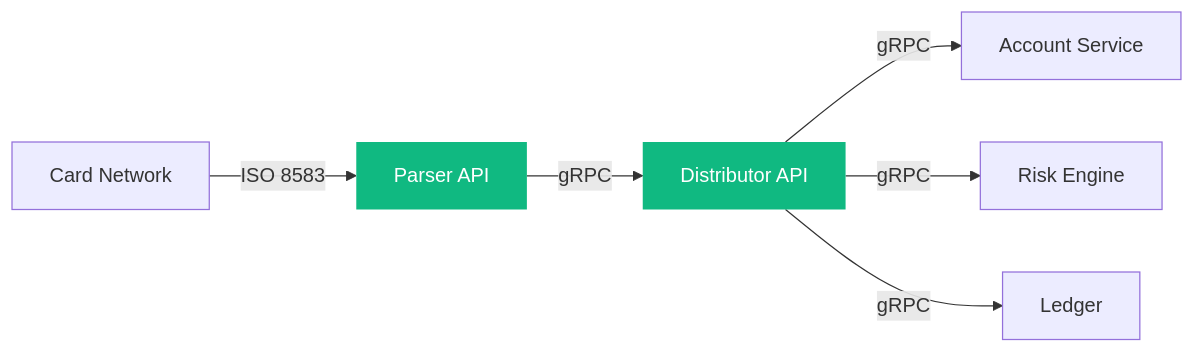
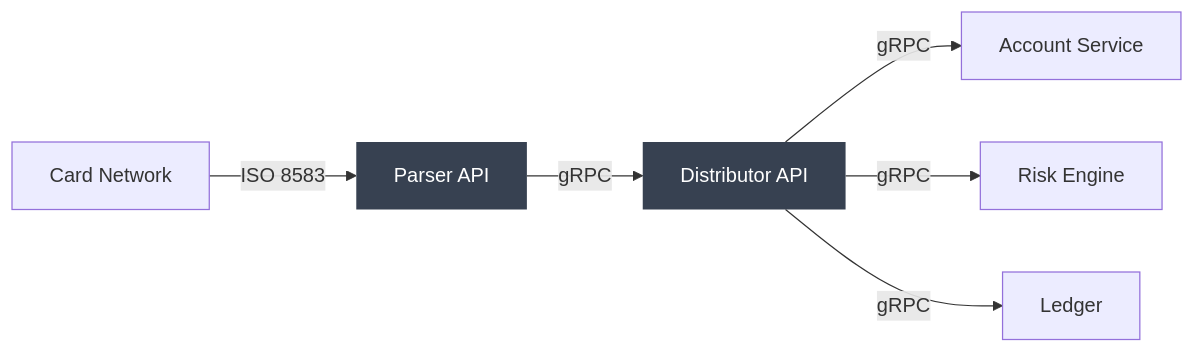
The first of 2 diagrams in content/writing/designing-rate-limiters-for-payment-systems.md (ashwingopalsamy/site), drawn with Mermaid before and after one commit. The commit also changed 26 other files, not shown here.

```diff
--- a/content/writing/designing-rate-limiters-for-payment-systems.md
+++ b/content/writing/designing-rate-limiters-for-payment-systems.md
@@ -17,10 +17,10 @@
 {{< mermaid >}}
 graph LR
     A[Card Network] -->|ISO 8583| B[Parser API]
     B -->|gRPC| C[Distributor API]
     C -->|gRPC| D[Account Service]
     C -->|gRPC| E[Risk Engine]
     C -->|gRPC| F[Ledger]
-    style B fill:#10b981,color:#fff,stroke:none
-    style C fill:#10b981,color:#fff,stroke:none
+    style B fill:#374151,color:#fff,stroke:none
+    style C fill:#374151,color:#fff,stroke:none
 {{< /mermaid >}}
```
